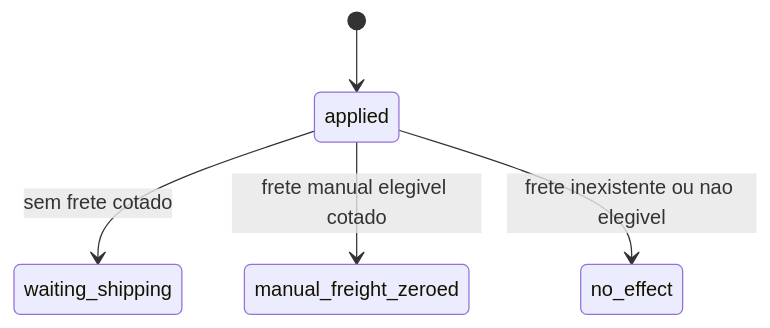
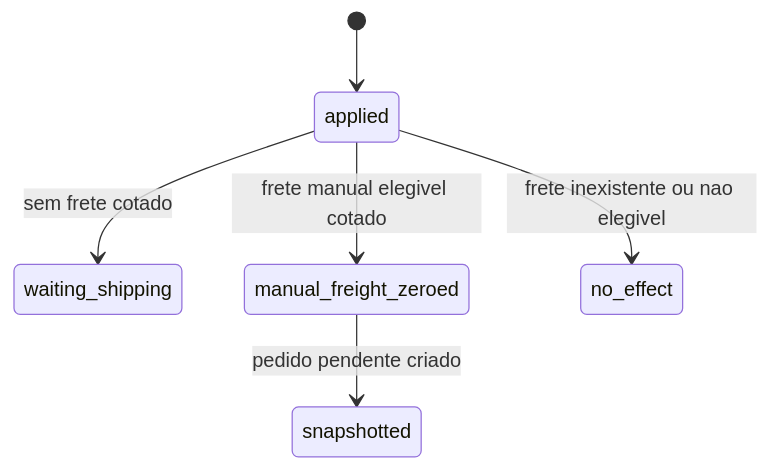
The fifth of 6 diagrams in _reversa_sdd/state-machines.md (Ald3b4r4n/triadenext), drawn with Mermaid before and after one commit. The commit also changed other lines of this file and 9 other files, not shown here.

````diff
--- a/_reversa_sdd/state-machines.md
+++ b/_reversa_sdd/state-machines.md
@@ -57,7 +110,8 @@
 ```mermaid
 stateDiagram-v2
   [*] --> applied
   applied --> waiting_shipping: sem frete cotado
   applied --> manual_freight_zeroed: frete manual elegivel cotado
   applied --> no_effect: frete inexistente ou nao elegivel
+  manual_freight_zeroed --> snapshotted: pedido pendente criado
 ```
````
